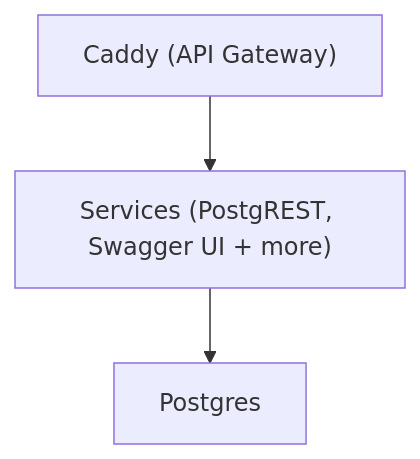
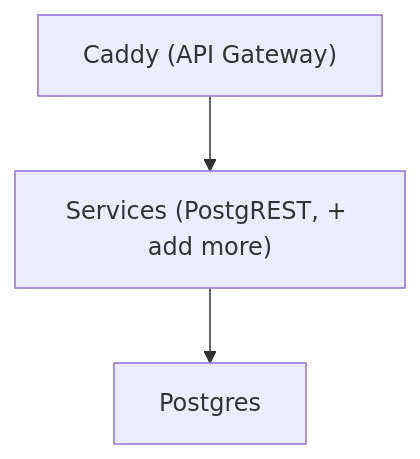
Before and after one commit to explodinglabs/superstack.docs: the diagram in docs/index.md, drawn with Mermaid. The commit also changed 1 other file, not shown here.

Commit message:
Replace www.explodinglabs.com with explodinglabs.com

````diff
--- a/docs/index.md
+++ b/docs/index.md
@@ -49,6 +49,6 @@
 ```mermaid
 flowchart TD
     Caddy["Caddy (API Gateway)"]
-    Caddy --> Services["Services (PostgREST, Swagger UI + more)"]
+    Caddy --> Services["Services (PostgREST, + add more)"]
     Services --> Postgres
 ```
````
